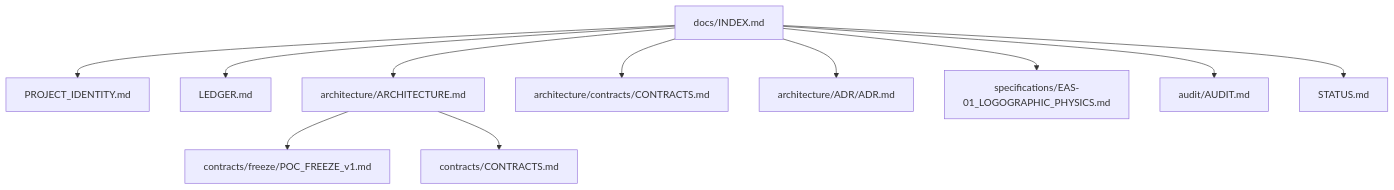
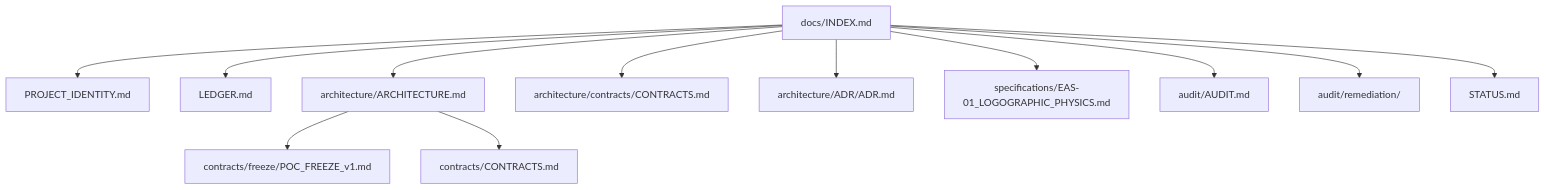
The diagram in docs/INDEX.md (AlexusPacicus/Traianus), drawn with Mermaid before and after one commit. The commit also changed other lines of this file and 4 other files, not shown here.

````diff
--- a/docs/INDEX.md
+++ b/docs/INDEX.md
@@ -23,14 +25,15 @@
 ```mermaid
 graph TD
     ROOT[docs/INDEX.md] --> PID[PROJECT_IDENTITY.md]
     ROOT --> LED[LEDGER.md]
     ROOT --> ARCH[architecture/ARCHITECTURE.md]
     ROOT --> CONT[architecture/contracts/CONTRACTS.md]
     ROOT --> ADR[architecture/ADR/ADR.md]
     ROOT --> EAS[specifications/EAS-01_LOGOGRAPHIC_PHYSICS.md]
     ROOT --> AUD[audit/AUDIT.md]
+    ROOT --> REM[audit/remediation/]
     ROOT --> STA[STATUS.md]
     
     ARCH --> CON1[contracts/freeze/POC_FREEZE_v1.md]
     ARCH --> CON2[contracts/CONTRACTS.md]
 ```
````
